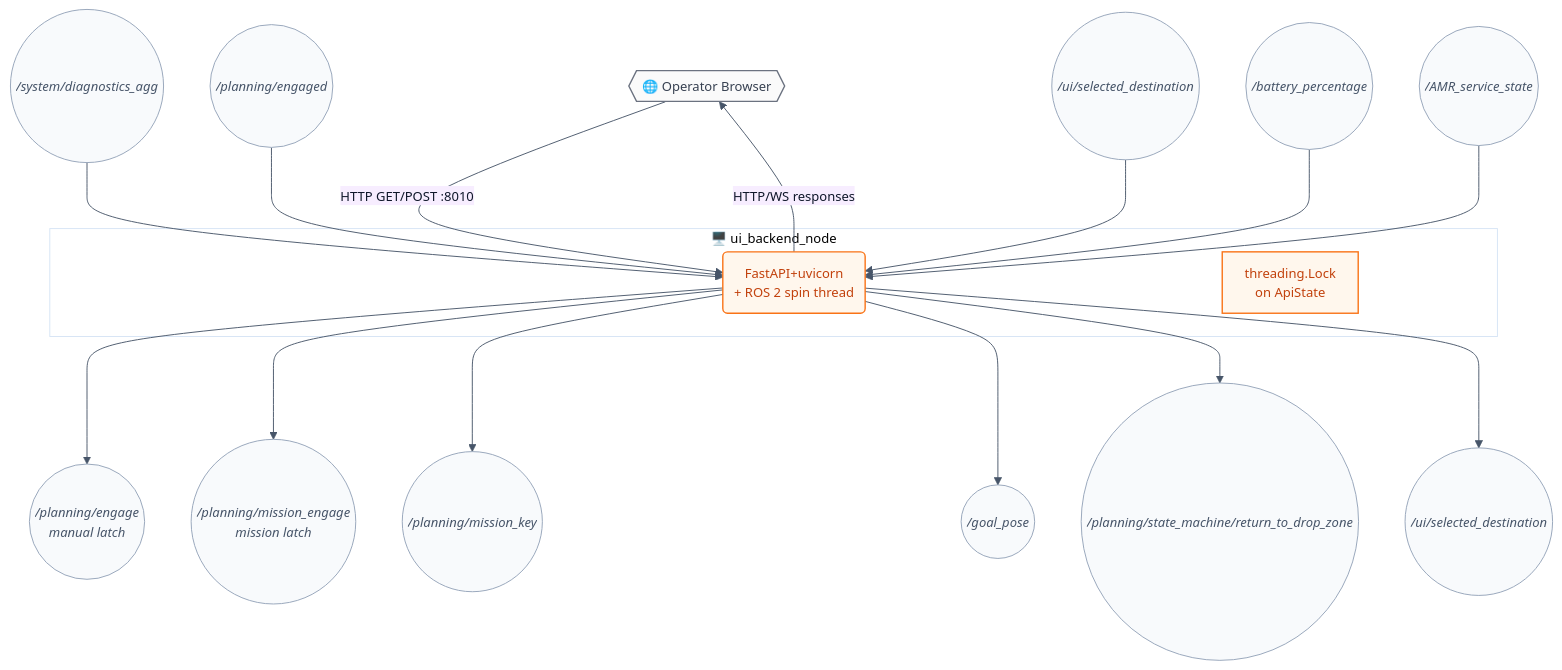
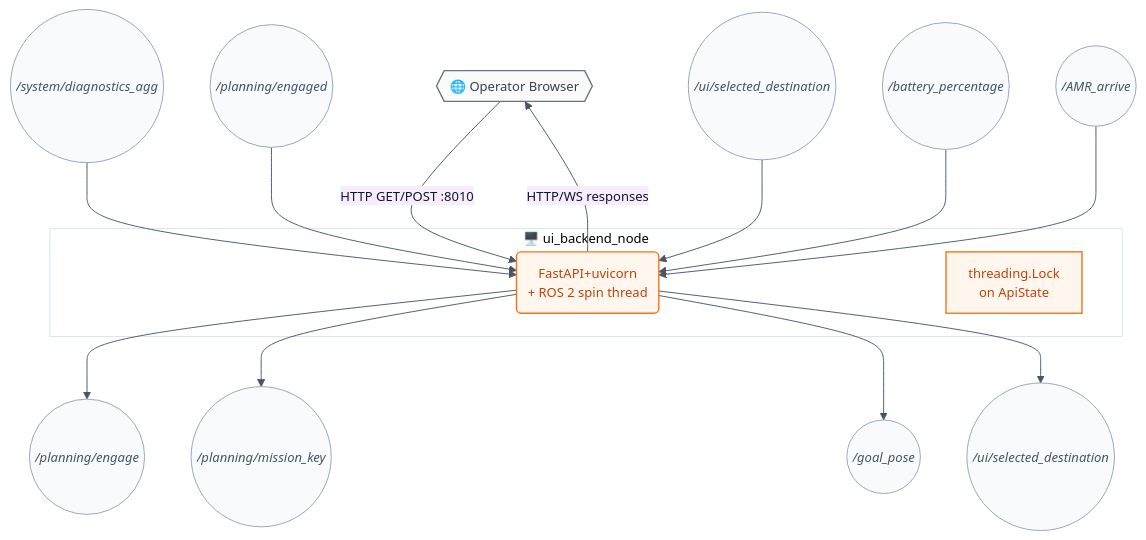
Before and after one commit to hwanhonglee/CAMROD: the second of 5 diagrams in camrod_ui/README.md, drawn with Mermaid. The commit also changed other lines of this file and 40 other files, not shown here.

````diff
--- a/camrod_ui/README.md
+++ b/camrod_ui/README.md
@@ -85,28 +82,26 @@
 ```mermaid
 %%{init: {'theme': 'base', 'themeVariables': {'fontFamily': 'ui-sans-serif, system-ui, sans-serif', 'fontSize': '14px', 'primaryColor': '#FFF7ED', 'primaryTextColor': '#0F172A', 'primaryBorderColor': '#F97316', 'lineColor': '#475569'}, 'flowchart': {'curve': 'basis', 'htmlLabels': true, 'padding': 12}}}%%
 graph TD
   BROWSER{{🌐 Operator Browser}}:::hardware -->|HTTP GET/POST :8010| BACKEND
 
   subgraph BACKEND_BOX["🖥️ ui_backend_node"]
     BACKEND(FastAPI+uvicorn\n+ ROS 2 spin thread):::ui
     NOTE[threading.Lock\non ApiState]:::ui
   end
 
   DIAGAGG((/system/diagnostics_agg)):::topic     --> BACKEND
   ENGAGED((/planning/engaged)):::topic    --> BACKEND
   DEST((/ui/selected_destination)):::topic --> BACKEND
   BATTERY((/battery_percentage)):::topic  --> BACKEND
-  AMRSTATE((/AMR_service_state)):::topic  --> BACKEND
+  ARRIVE((/AMR_arrive)):::topic           --> BACKEND
 
   BACKEND -->|HTTP/WS responses| BROWSER
-  BACKEND --> ENGAGE((/planning/engage\nmanual latch)):::topic
-  BACKEND --> MISSIONENGAGE((/planning/mission_engage\nmission latch)):::topic
+  BACKEND --> ENGAGE((/planning/engage)):::topic
   BACKEND --> MISSIONKEY((/planning/mission_key)):::topic
   BACKEND --> GOALPOSE((/goal_pose)):::topic
-  BACKEND --> RETURN((/planning/state_machine/return_to_drop_zone)):::topic
   BACKEND --> DEST2((/ui/selected_destination)):::topic
 
   classDef ui       fill:#FFF7ED,stroke:#F97316,stroke-width:1.5px,color:#C2410C;
   classDef hardware fill:#FAFAFA,stroke:#6B7280,stroke-width:1.5px,color:#374151;
   classDef topic    fill:#F8FAFC,stroke:#94A3B8,stroke-width:1px,color:#475569,font-style:italic;
 ```
````
